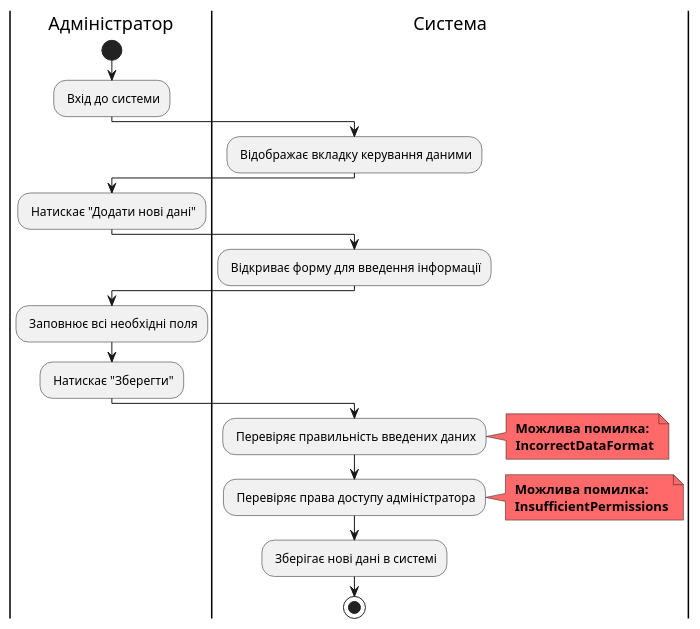
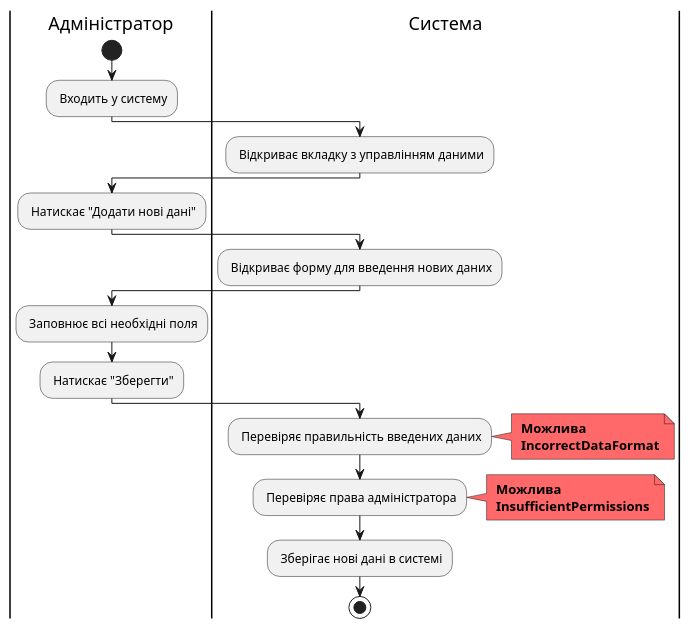
The eighth of 14 diagrams in docs/use cases/README.md (tyntyntynnnn/edu_db_labs), drawn with PlantUML before and after one commit. The commit also changed other lines of this file, not shown here.

```diff
--- a/docs/use cases/README.md
+++ b/docs/use cases/README.md
@@ -372,36 +330,37 @@
 @startuml
 
-|Адміністратор|
-start;
-: Вхід до системи;
+    |Адміністратор|
+    start;
+    : Входить у систему;
+    
+    |Система|
+    : Відкриває вкладку з управлінням даними;
+    
+    |Адміністратор|
+    : Натискає "Додати нові дані";
+    
+    |Система|
+    : Відкриває форму для введення нових даних;
+    
+    |Адміністратор|
+    : Заповнює всі необхідні поля;
+    : Натискає "Зберегти";
+    
+    |Система|
+    : Перевіряє правильність введених даних;
+    note right #FF6969
+    <b> Можлива
+    <b> IncorrectDataFormat
+    end note
+    
+    : Перевіряє права адміністратора;
+    note right #FF6969
+    <b> Можлива
+    <b> InsufficientPermissions
+    end note
+    
+    : Зберігає нові дані в системі;
+    
+    stop;
 
-|Система|
-: Відображає вкладку керування даними;
-
-|Адміністратор|
-: Натискає "Додати нові дані";
-
-|Система|
-: Відкриває форму для введення інформації;
-
-|Адміністратор|
-: Заповнює всі необхідні поля;
-: Натискає "Зберегти";
-
-|Система|
-: Перевіряє правильність введених даних;
-note right #FF6969
-<b> Можлива помилка:
-<b> IncorrectDataFormat
-end note
-
-: Перевіряє права доступу адміністратора;
-note right #FF6969
-<b> Можлива помилка:
-<b> InsufficientPermissions
-end note
-
-: Зберігає нові дані в системі;
-
-stop;
 @enduml
```
